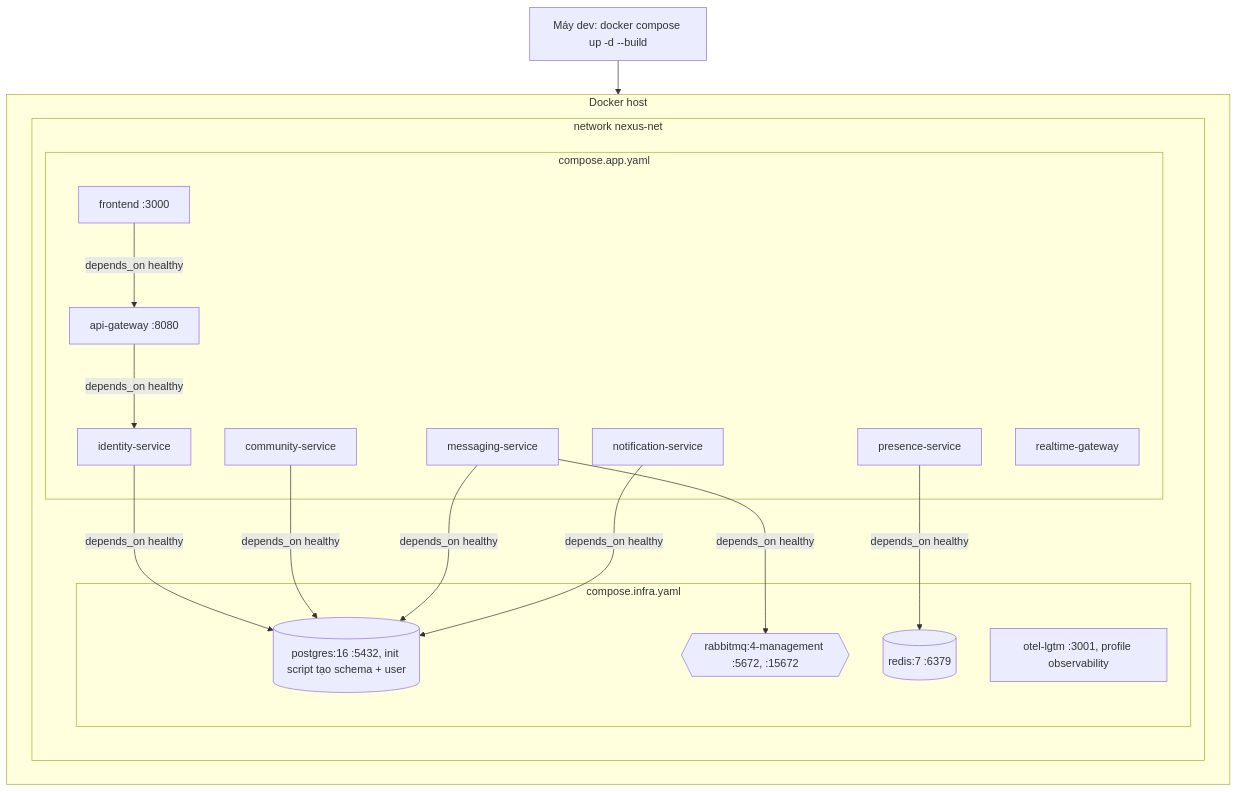
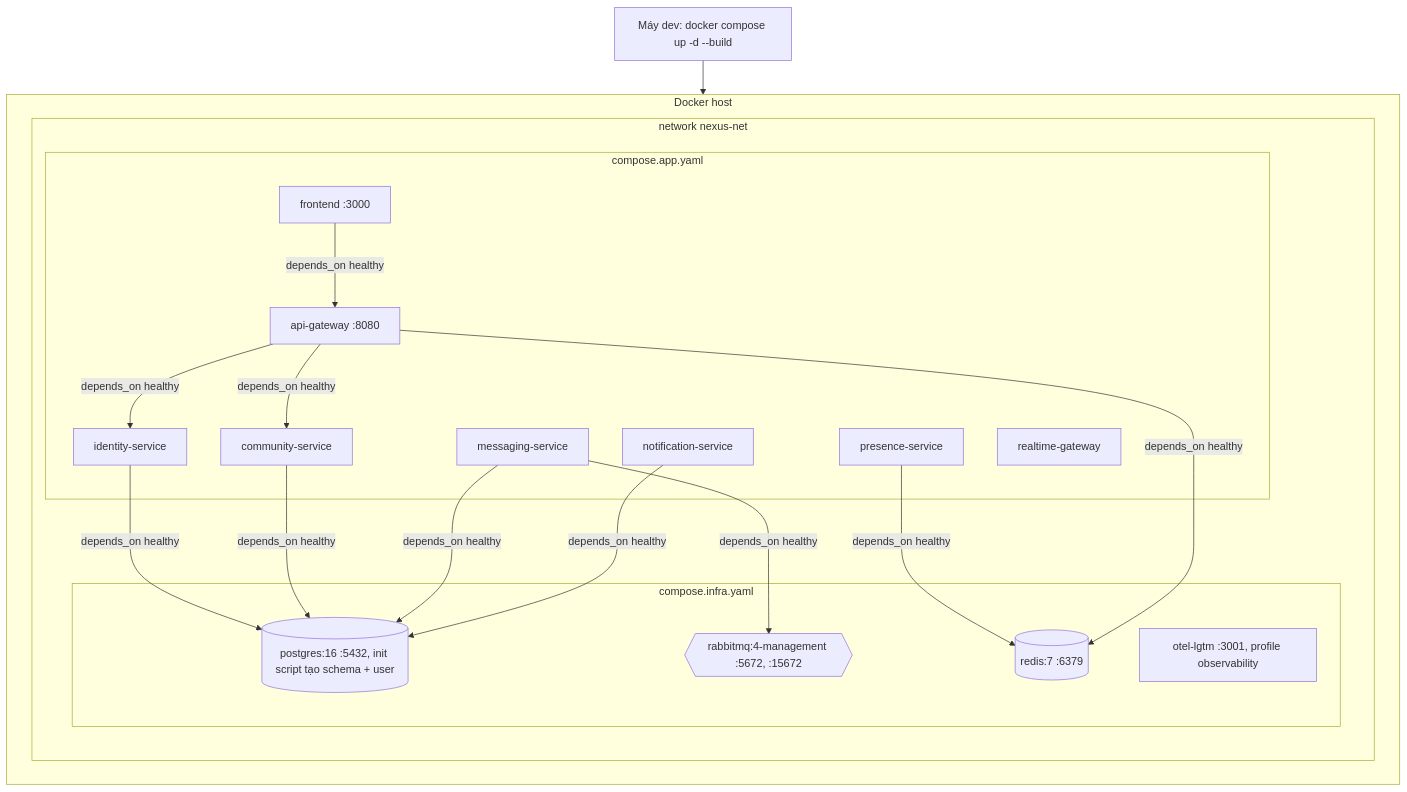
The first of 3 diagrams in docs/03-diagrams/deployment-diagram.md (quocanh112233/nexus-backend), drawn with Mermaid before and after one commit. The commit also changed other lines of this file and 220 other files, not shown here.

````diff
--- a/docs/03-diagrams/deployment-diagram.md
+++ b/docs/03-diagrams/deployment-diagram.md
@@ -7,33 +7,35 @@
 ```mermaid
 flowchart TB
     Dev["Máy dev: docker compose up -d --build"]
     subgraph Host["Docker host"]
         subgraph Net["network nexus-net"]
             subgraph InfraC["compose.infra.yaml"]
                 PG[("postgres:16 :5432, init script tạo schema + user")]
                 RD[("redis:7 :6379")]
                 MQ{{"rabbitmq:4-management :5672, :15672"}}
                 OBS["otel-lgtm :3001, profile observability"]
             end
             subgraph AppC["compose.app.yaml"]
                 GW["api-gateway :8080"]
                 ID["identity-service"]
                 CM["community-service"]
                 MS["messaging-service"]
                 PR["presence-service"]
                 NT["notification-service"]
                 RT["realtime-gateway"]
                 FE["frontend :3000"]
             end
         end
     end
     Dev --> Host
     ID -- "depends_on healthy" --> PG
     CM -- "depends_on healthy" --> PG
     MS -- "depends_on healthy" --> PG
     NT -- "depends_on healthy" --> PG
     MS -- "depends_on healthy" --> MQ
     PR -- "depends_on healthy" --> RD
     GW -- "depends_on healthy" --> ID
+    GW -- "depends_on healthy" --> CM
+    GW -- "depends_on healthy" --> RD
     FE -- "depends_on healthy" --> GW
 ```
````
